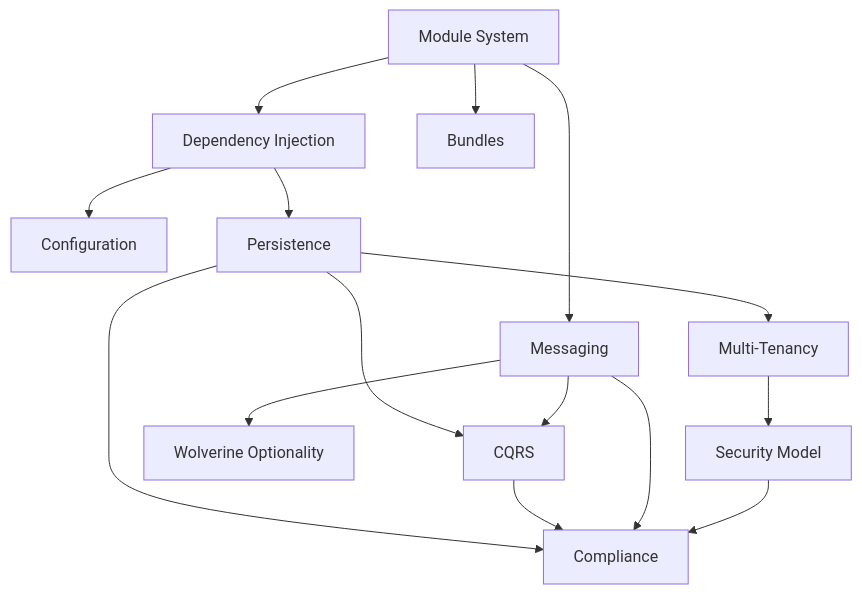
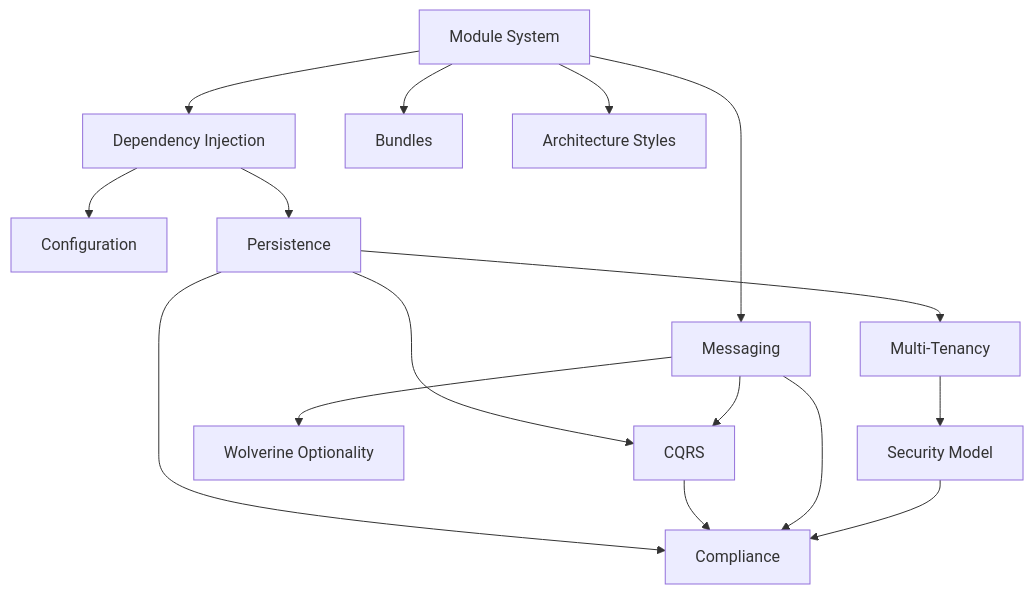
Before and after one commit to granit-fx/granit-dotnet: the diagram in docs-site/src/content/docs/dotnet/concepts/index.md, drawn with Mermaid. The commit also changed other lines of this file and 7 other files, not shown here.

First line of the commit message:
docs: add architecture styles concept page (DDD × Clean Architecture × VSA)

````diff
--- a/docs-site/src/content/docs/dotnet/concepts/index.md
+++ b/docs-site/src/content/docs/dotnet/concepts/index.md
@@ -19,17 +19,18 @@
 ```mermaid
 graph TD
     MS[Module System] --> DI[Dependency Injection]
     MS --> Bundles
+    MS --> AS[Architecture Styles]
     DI --> Config[Configuration]
     DI --> P[Persistence]
     P --> CQRS[CQRS]
     P --> MT[Multi-Tenancy]
     P --> C[Compliance]
     CQRS --> C
     MS --> Msg[Messaging]
     Msg --> CQRS
     Msg --> WO[Wolverine Optionality]
     Msg --> C
     MT --> SM[Security Model]
     SM --> C
 ```
````
